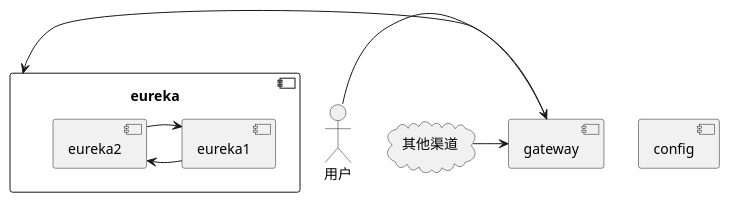
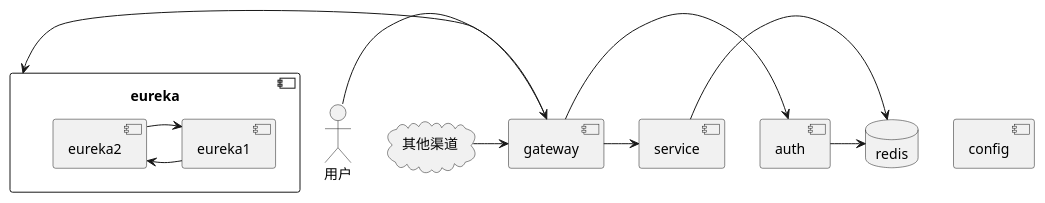
The diagram in yagami/README.md (zeoly/yagami), drawn with PlantUML before and after one commit. The commit also changed 39 other files, not shown here.

````diff
--- a/yagami/README.md
+++ b/yagami/README.md
@@ -32,16 +32,25 @@
 ```plantuml
 actor 用户 as user
 cloud 其他渠道 as other
 component gateway
 component eureka{
     component eureka1
     component eureka2
     eureka1 -> eureka2
     eureka2 -> eureka1
 }
 component config
+component auth
+component service
 user -> gateway
 other -> gateway
 
+database redis
+
 gateway -> eureka
+gateway -> auth
+auth -> redis
+gateway -> service
+service -> redis
+
 ```
````
